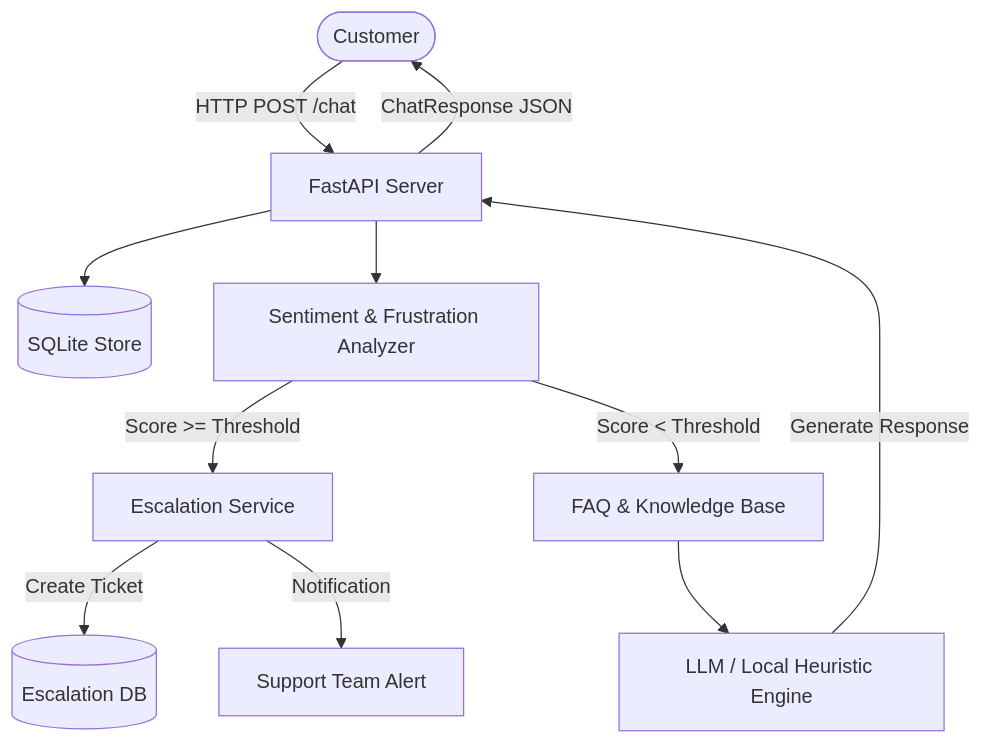
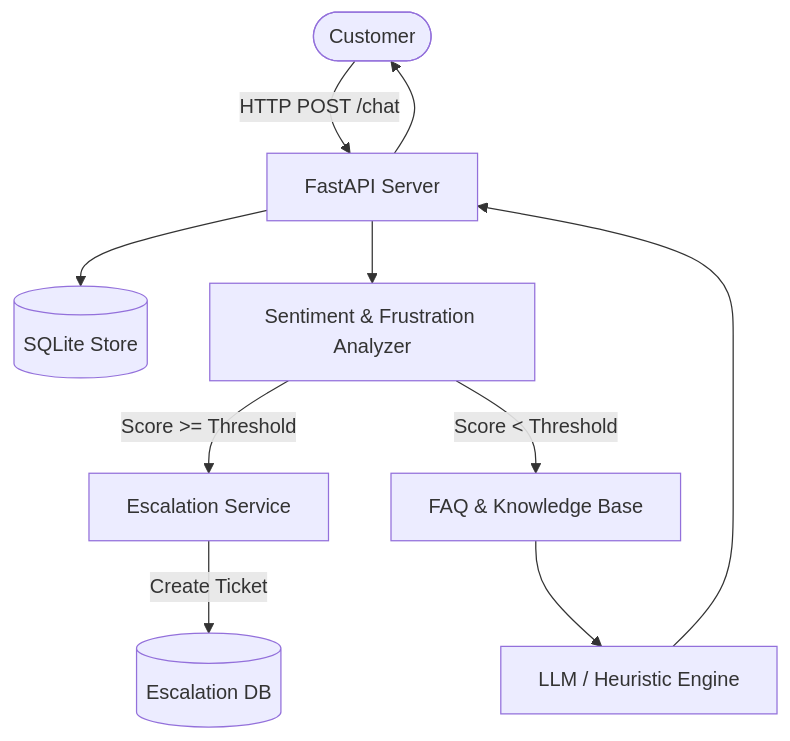
One commit to erhatechnologiesai/customer-support-chatbot changed the diagram in README.md. Above: the diagram before and after it, drawn with Mermaid. The commit also changed other lines of this file, not shown here.

````diff
--- a/README.md
+++ b/README.md
@@ -31,15 +25,12 @@
 ```mermaid
 flowchart TD
     User([Customer]) -->|HTTP POST /chat| API[FastAPI Server]
     API --> DB[(SQLite Store)]
     API --> Sentiment[Sentiment & Frustration Analyzer]
-    
     Sentiment -->|Score >= Threshold| Escalate[Escalation Service]
     Escalate -->|Create Ticket| Tickets[(Escalation DB)]
-    Escalate -->|Notification| Email[Support Team Alert]
-    
     Sentiment -->|Score < Threshold| KB[FAQ & Knowledge Base]
-    KB --> LLM[LLM / Local Heuristic Engine]
-    LLM -->|Generate Response| API
-    API -->|ChatResponse JSON| User
+    KB --> LLM[LLM / Heuristic Engine]
+    LLM --> API
+    API --> User
 ```
````
